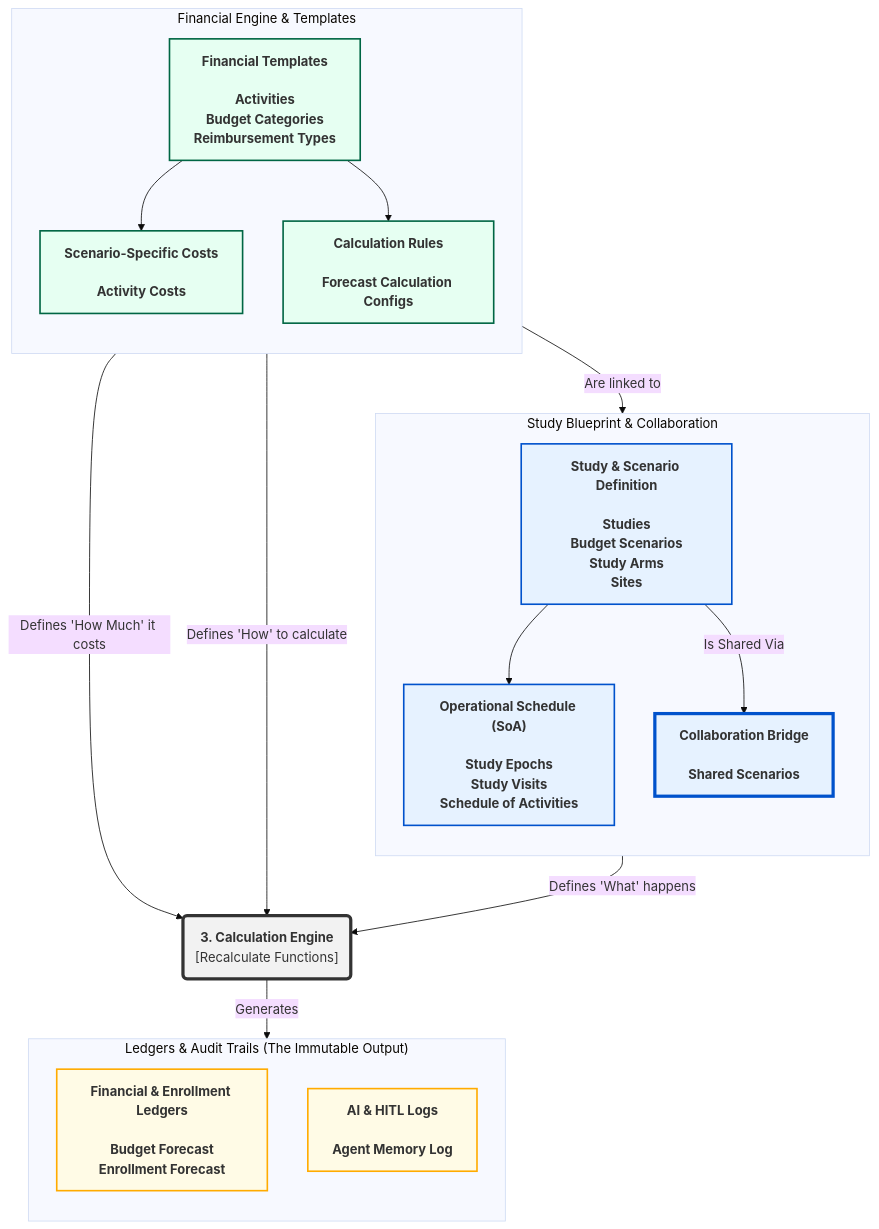
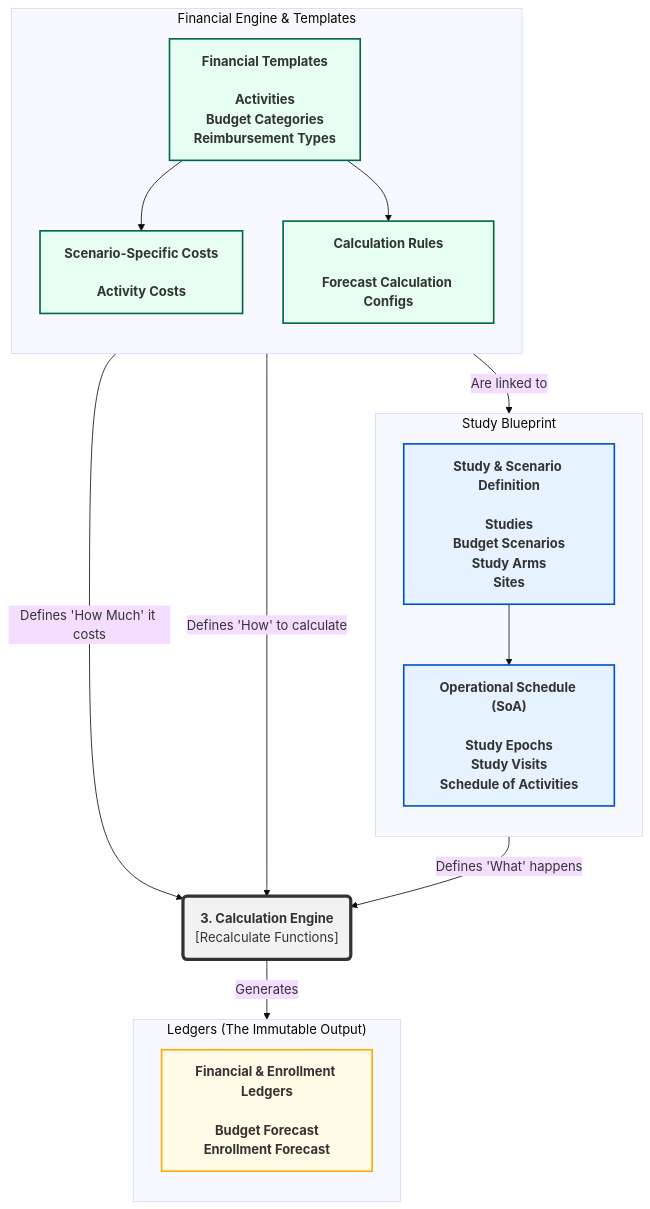
The third of 3 diagrams in README.md (ctfbio/ctfbio-ai), drawn with Mermaid (base theme) before and after one commit. The commit also changed other lines of this file, not shown here.

````diff
--- a/README.md
+++ b/README.md
@@ -156,46 +156,42 @@
 ```mermaid
 graph TD
-    subgraph "Study Blueprint & Collaboration"
+    subgraph "Study Blueprint"
         direction TB
         Blueprint["<b>Study & Scenario Definition</b><br><br>Studies<br>Budget Scenarios<br>Study Arms<br>Sites"]:::domainStyle
         Schedule["<b>Operational Schedule (SoA)</b><br><br>Study Epochs<br>Study Visits<br>Schedule of Activities"]:::domainStyle
-        Collaboration["<b>Collaboration Bridge</b><br><br>Shared Scenarios"]:::collabStyle
-
+        
         Blueprint --> Schedule
-        Blueprint -- "Is Shared Via" --> Collaboration
     end
 
     subgraph "Financial Engine & Templates"
         direction TB
         Templates["<b>Financial Templates</b><br><br>Activities<br>Budget Categories<br>Reimbursement Types"]:::financeStyle
         Costs["<b>Scenario-Specific Costs</b><br><br>Activity Costs"]:::financeStyle
         Rules["<b>Calculation Rules</b><br><br>Forecast Calculation Configs"]:::financeStyle
 
         Templates --> Costs
         Templates --> Rules
     end
 
-    subgraph "Ledgers & Audit Trails (The Immutable Output)"
+    subgraph "Ledgers (The Immutable Output)"
         direction TB
         Ledgers["<b>Financial & Enrollment Ledgers</b><br><br>Budget Forecast<br>Enrollment Forecast"]:::ledgerStyle
-        Logs["<b>AI & HITL Logs</b><br><br>Agent Memory Log"]:::ledgerStyle
     end
 
     %% --- Core Logic Flow ---
     Engine("<b>3. Calculation Engine</b><br>[Recalculate Functions]")
     style Engine fill:#f2f2f2,stroke:#333,stroke-width:4px
 
     Schedule -- "Defines 'What' happens" --> Engine
     Costs -- "Defines 'How Much' it costs" --> Engine
     Rules -- "Defines 'How' to calculate" --> Engine
     Engine -- "Generates" --> Ledgers
 
     %% --- Cross-Domain Links ---
     Templates -- "Are linked to" --> Schedule
 
     %% --- Styling ---
     classDef domainStyle fill:#e6f2ff,stroke:#0052cc,stroke-width:2px,color:#333,font-weight:bold
-    classDef collabStyle fill:#e6f2ff,stroke:#0052cc,stroke-width:4px,color:#333,font-weight:bold
     classDef financeStyle fill:#e6fff2,stroke:#006644,stroke-width:2px,color:#333,font-weight:bold
     classDef ledgerStyle fill:#fffbe6,stroke:#ffab00,stroke-width:2px,color:#333,font-weight:bold
 ```
````
